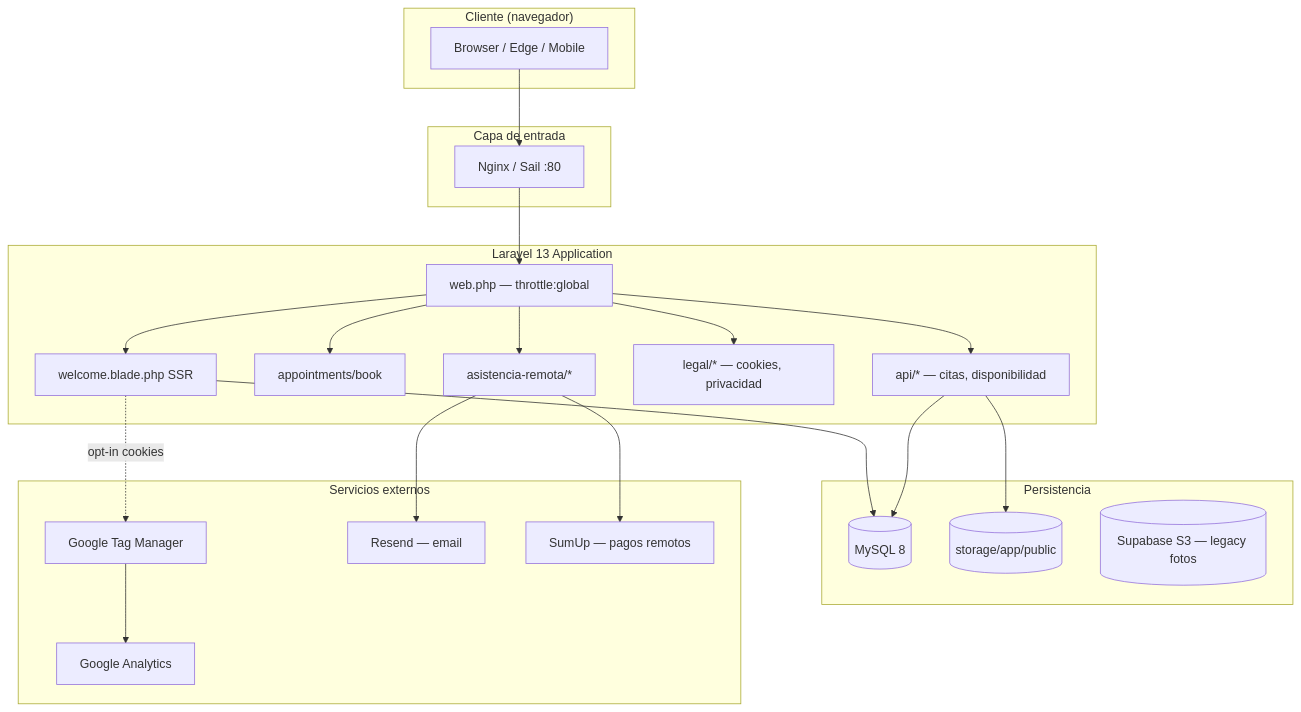
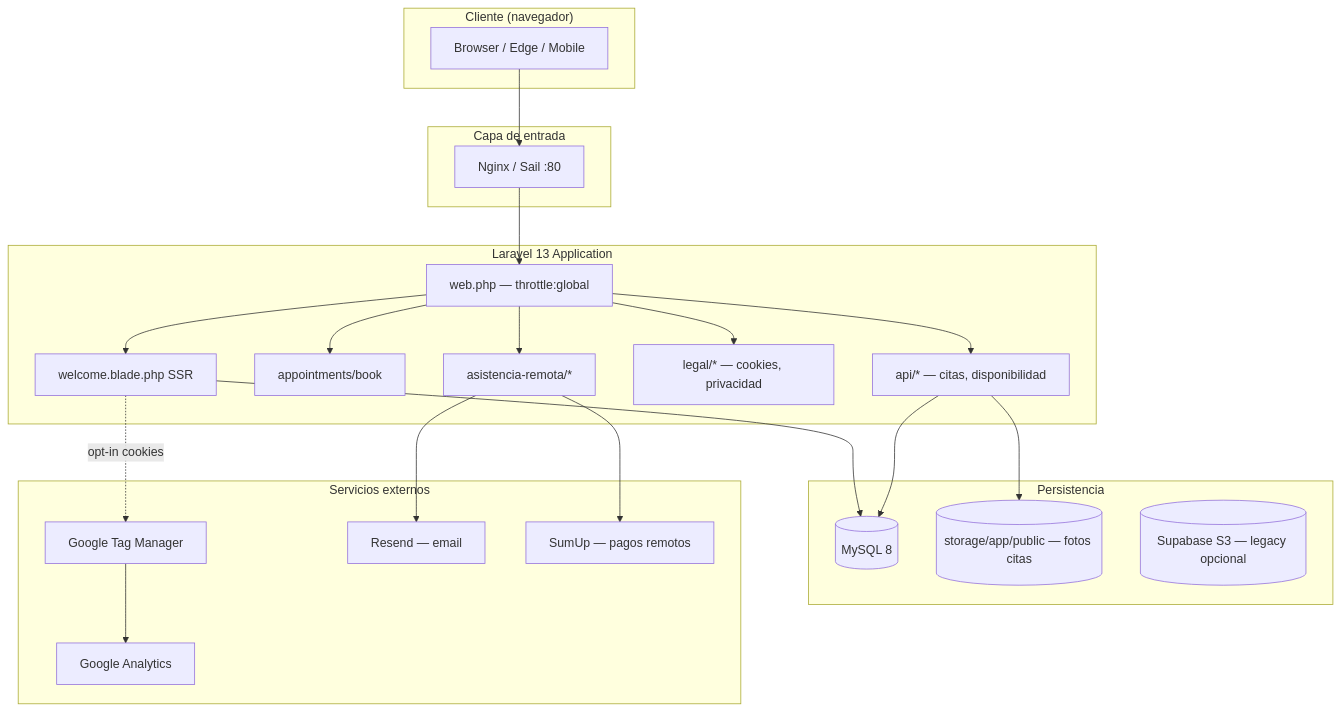
One commit to argenisdev692/servispin changed the first of 2 diagrams in docs/landing/README.md. Above: the diagram before and after it, drawn with Mermaid. The commit also changed other lines of this file and 8 other files, not shown here.

````diff
--- a/docs/landing/README.md
+++ b/docs/landing/README.md
@@ -63,46 +63,46 @@
 ```mermaid
 flowchart TB
     subgraph Client["Cliente (navegador)"]
         Browser[Browser / Edge / Mobile]
     end
 
     subgraph Edge["Capa de entrada"]
         Nginx[Nginx / Sail :80]
     end
 
     subgraph App["Laravel 13 Application"]
         Router[web.php — throttle:global]
         Welcome[welcome.blade.php SSR]
         Book[appointments/book]
         Remote[asistencia-remota/*]
         Legal[legal/* — cookies, privacidad]
         API[api/* — citas, disponibilidad]
     end
 
     subgraph Data["Persistencia"]
         MySQL[(MySQL 8)]
-        Storage[(storage/app/public)]
-        Supabase[(Supabase S3 — legacy fotos)]
+        Storage[(storage/app/public — fotos citas)]
+        Supabase[(Supabase S3 — legacy opcional)]
     end
 
     subgraph External["Servicios externos"]
         GTM[Google Tag Manager]
         GA[Google Analytics]
         Resend[Resend — email]
         SumUp[SumUp — pagos remotos]
     end
 
     Browser --> Nginx --> Router
     Router --> Welcome
     Router --> Book
     Router --> Remote
     Router --> Legal
     Router --> API
     Welcome --> MySQL
     API --> MySQL
     API --> Storage
     Welcome -.->|opt-in cookies| GTM
     GTM --> GA
     Remote --> Resend
     Remote --> SumUp
 ```
````
